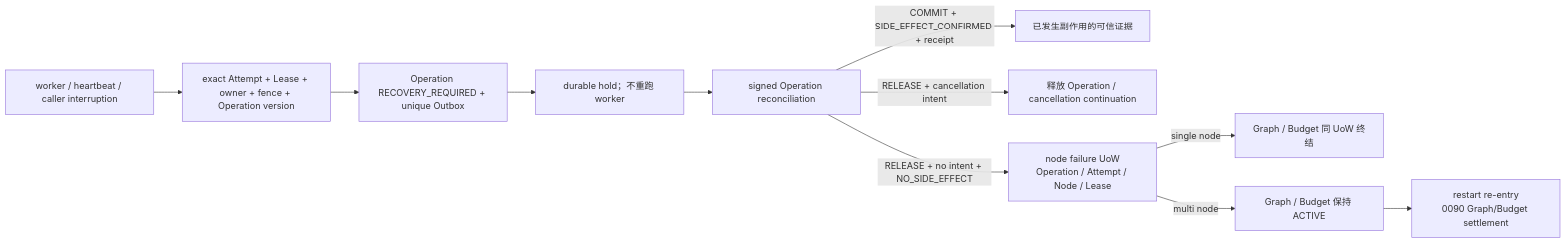
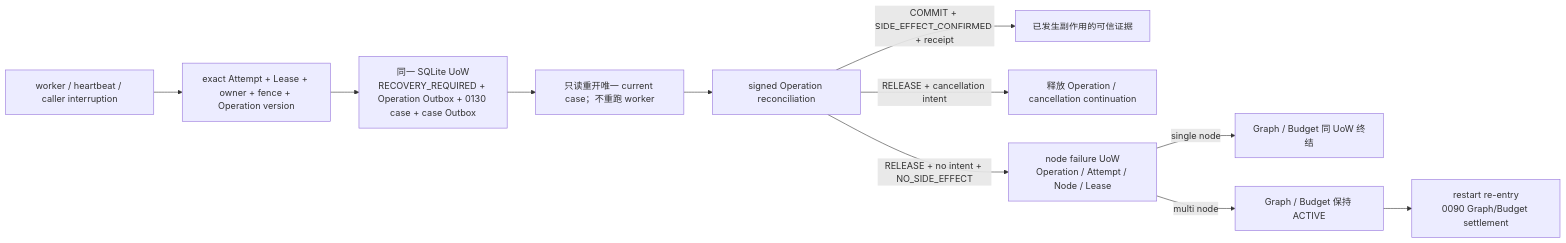
Diagram 12 of 35 in docs/50_project/arch/DATA_FLOW_ARCHITECTURE.md (SakuraYoruno/Natsume_Ai), drawn with Mermaid before and after one commit. The commit also changed other lines of this file and 22 other files, not shown here.

````diff
--- a/docs/50_project/arch/DATA_FLOW_ARCHITECTURE.md
+++ b/docs/50_project/arch/DATA_FLOW_ARCHITECTURE.md
@@ -229,13 +229,13 @@
 ```mermaid
 flowchart LR
     I["worker / heartbeat / caller interruption"] --> F["exact Attempt + Lease + owner + fence + Operation version"]
-    F --> M["Operation RECOVERY_REQUIRED + unique Outbox"]
-    M --> H["durable hold；不重跑 worker"]
+    F --> M["同一 SQLite UoW\nRECOVERY_REQUIRED + Operation Outbox + 0130 case + case Outbox"]
+    M --> H["只读重开唯一 current case；不重跑 worker"]
     H --> S["signed Operation reconciliation"]
     S -->|COMMIT + SIDE_EFFECT_CONFIRMED + receipt| C["已发生副作用的可信证据"]
     S -->|RELEASE + cancellation intent| R["释放 Operation / cancellation continuation"]
     S -->|RELEASE + no intent + NO_SIDE_EFFECT| N["node failure UoW\nOperation / Attempt / Node / Lease"]
     N -->|single node| T["Graph / Budget 同 UoW 终结"]
     N -->|multi node| P["Graph / Budget 保持 ACTIVE"]
     P --> J["restart re-entry\n0090 Graph/Budget settlement"]
 ```
````
